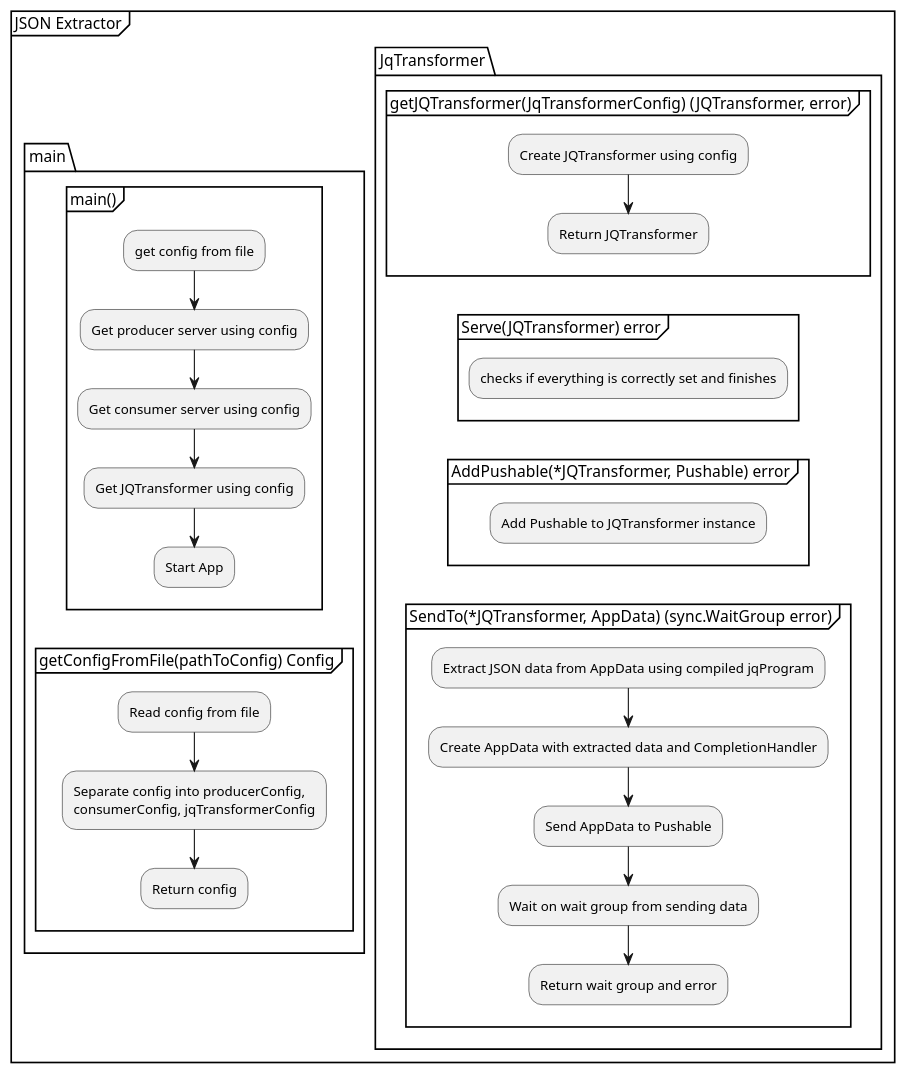
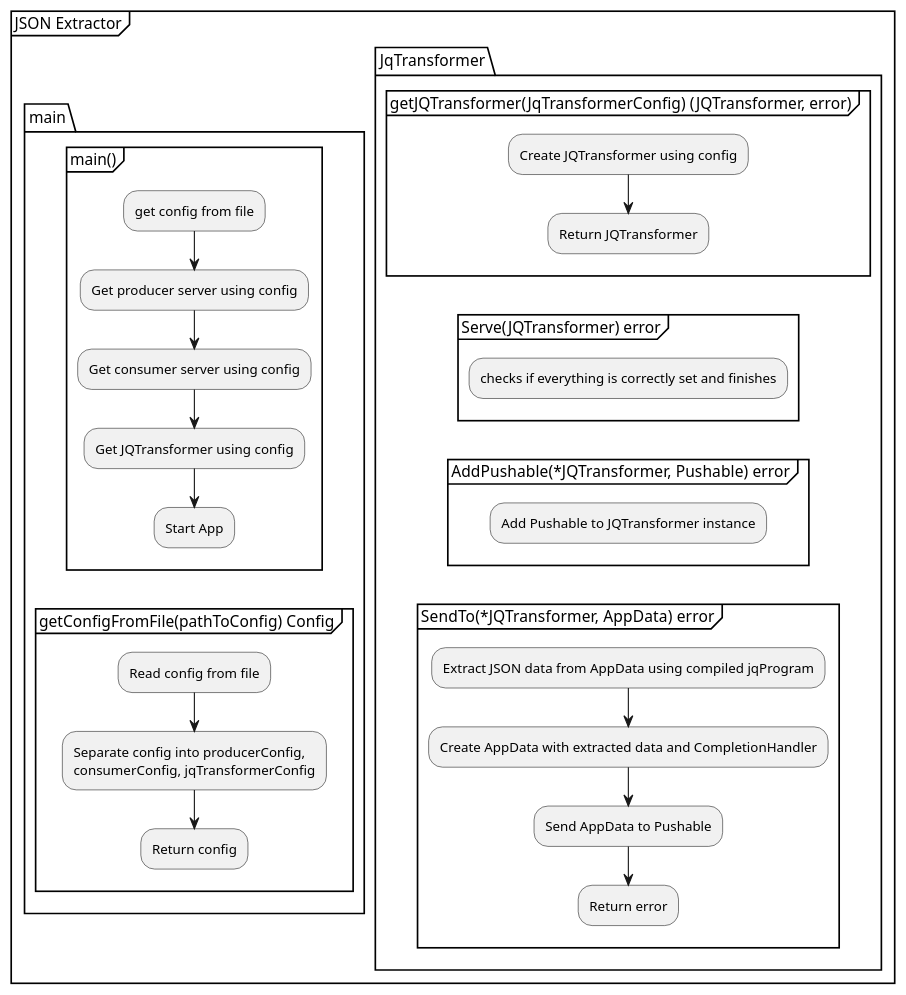
The diagram in docs/design_notes/DN1_JSON_Extractor/implementation_JSON_extractor.puml (xtuml/otel2pv), drawn with PlantUML before and after one commit. The commit also changed 12 other files, not shown here.

First line of the commit message:
Cdsopv 64 update code inline with code architecture updates (#30)

```diff
--- a/docs/design_notes/DN1_JSON_Extractor/implementation_JSON_extractor.puml
+++ b/docs/design_notes/DN1_JSON_Extractor/implementation_JSON_extractor.puml
@@ -1,48 +1,47 @@
 @startuml
     partition JSON Extractor {
         split
         -[hidden]->
         package main {
             group main() {
                 :get config from file;
                 :Get producer server using config;
                 :Get consumer server using config;
                 :Get JQTransformer using config;
                 :Start App;
                 detach
             }
             group getConfigFromFile(pathToConfig) Config {
                 :Read config from file;
                 :Separate config into producerConfig,\nconsumerConfig, jqTransformerConfig;
                 :Return config;
                 detach
             }
         }
         split again
         -[hidden]->
         package JqTransformer {
             group getJQTransformer(JqTransformerConfig) (JQTransformer, error) {
                 :Create JQTransformer using config;
                 :Return JQTransformer;
                 detach
             }
             group Serve(JQTransformer) error {
                 :checks if everything is correctly set and finishes;
                 detach
             }
             group AddPushable(*JQTransformer, Pushable) error {
                 :Add Pushable to JQTransformer instance;
                 detach
             }
-            group SendTo(*JQTransformer, AppData) (sync.WaitGroup error) {
+            group SendTo(*JQTransformer, AppData) error {
                 :Extract JSON data from AppData using compiled jqProgram;
                 :Create AppData with extracted data and CompletionHandler;
                 :Send AppData to Pushable;
-                :Wait on wait group from sending data;
-                :Return wait group and error;
+                :Return error;
                 detach
             }
         }
         end split
     }
 @enduml
```
